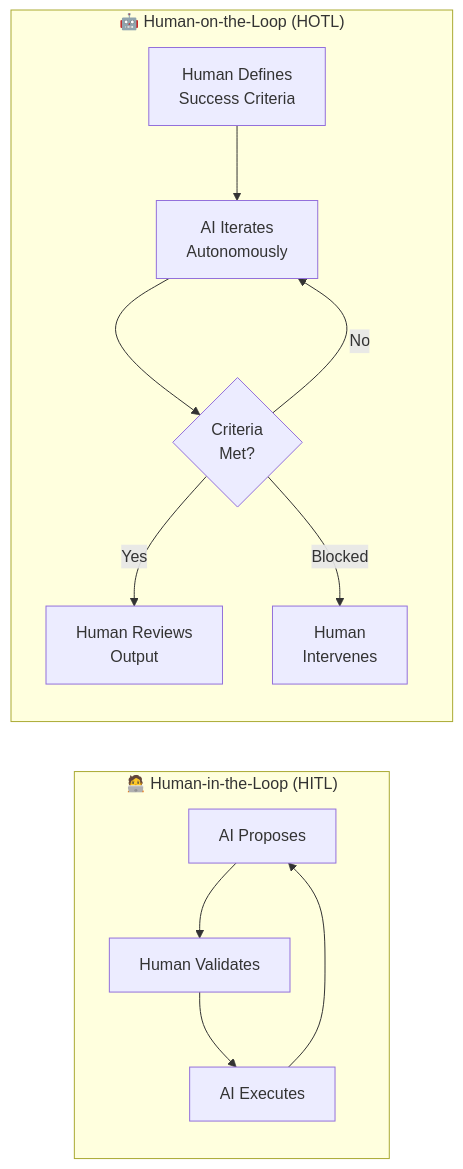
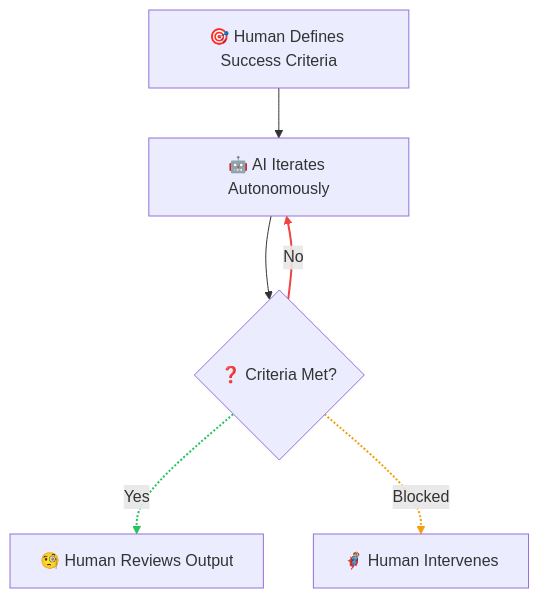
The second of 10 diagrams in website/content/papers/ai-dlc-2026.md (TheBushidoCollective/han), drawn with Mermaid before and after one commit. The commit also changed other lines of this file and 2 other files, not shown here.

First line of the commit message:
feat(website): enhance HITL/HOTL diagrams with improved layout and emojis

````diff
--- a/website/content/papers/ai-dlc-2026.md
+++ b/website/content/papers/ai-dlc-2026.md
@@ -113,18 +132,12 @@
 ```mermaid
-flowchart LR
-    subgraph HITL["🧑‍💻 Human-in-the-Loop (HITL)"]
-        direction TB
-        A1["AI Proposes"] --> A2["Human Validates"]
-        A2 --> A3["AI Executes"]
-        A3 --> A1
-    end
+flowchart TB
+    B1["🎯 Human Defines Success Criteria"] --> B2["🤖 AI Iterates Autonomously"]
+    B2 --> B3{"❓ Criteria Met?"}
+    B3 -->|"No"| B2
+    B3 -.->|"Yes"| B4["🧐 Human Reviews Output"]
+    B3 -.->|"Blocked"| B5["🦸 Human Intervenes"]
 
-    subgraph HOTL["🤖 Human-on-the-Loop (HOTL)"]
-        direction TB
-        B1["Human Defines<br/>Success Criteria"] --> B2["AI Iterates<br/>Autonomously"]
-        B2 --> B3{"Criteria<br/>Met?"}
-        B3 -->|"No"| B2
-        B3 -->|"Yes"| B4["Human Reviews<br/>Output"]
-        B3 -->|"Blocked"| B5["Human<br/>Intervenes"]
-    end
+    linkStyle 2 stroke:#ef4444,stroke-width:2px
+    linkStyle 3 stroke:#22c55e,stroke-width:2px
+    linkStyle 4 stroke:#f59e0b,stroke-width:2px
 ```
````
